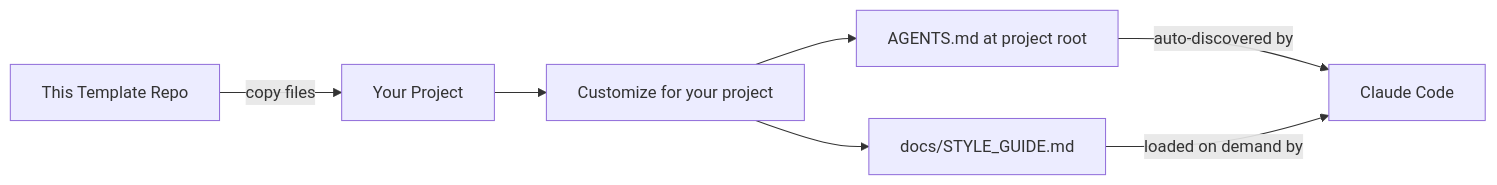
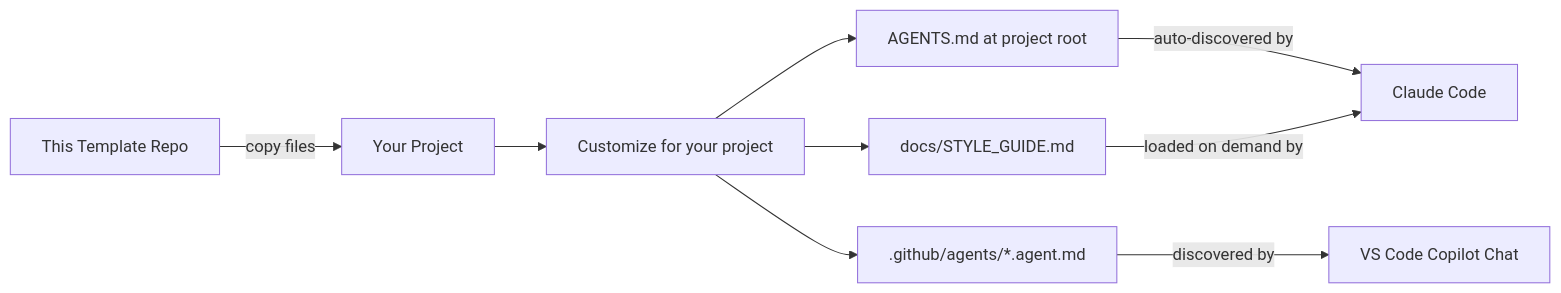
One commit to threnjen/thren-agentic-workflows changed the second of 3 diagrams in docs/ARCHITECTURE.md. Above: the diagram before and after it, drawn with Mermaid. The commit also changed other lines of this file and 5 other files, not shown here.

````diff
--- a/docs/ARCHITECTURE.md
+++ b/docs/ARCHITECTURE.md
@@ -54,9 +63,11 @@
 ```mermaid
 flowchart LR
     Template[This Template Repo] -->|copy files| Target[Your Project]
     Target --> Customize[Customize for your project]
     Customize --> AgentsFile[AGENTS.md at project root]
     Customize --> StyleFile[docs/STYLE_GUIDE.md]
+    Customize --> AgentDefs[.github/agents/*.agent.md]
     AgentsFile -->|auto-discovered by| Claude[Claude Code]
     StyleFile -->|loaded on demand by| Claude
+    AgentDefs -->|discovered by| VSCode[VS Code Copilot Chat]
 ```
````
